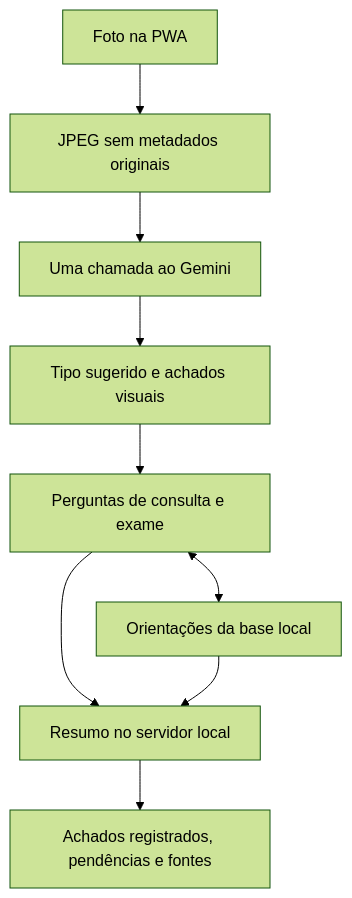
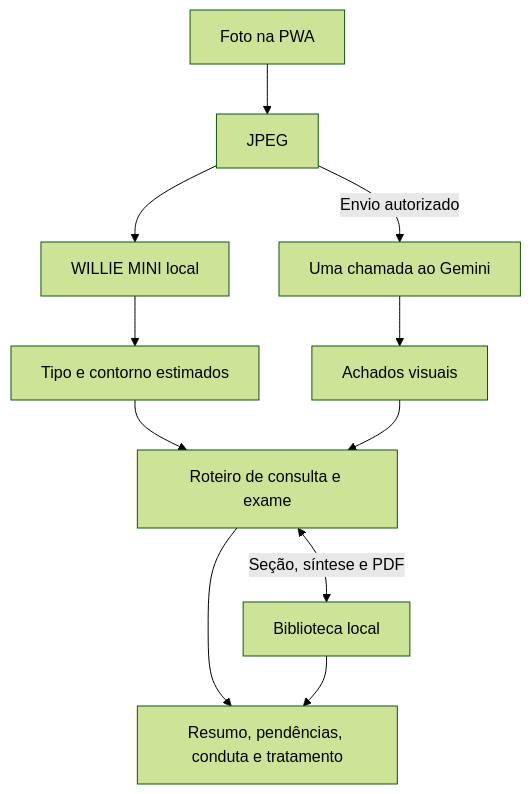
Before and after one commit to febaemanuel/medical-eye: the diagram in docs/arquitetura.md, drawn with Mermaid (forest theme). The commit also changed other lines of this file and 25 other files, not shown here.

Commit message:
Integra contorno da ferida e biblioteca de tratamento

````diff
--- a/docs/arquitetura.md
+++ b/docs/arquitetura.md
@@ -3,11 +3,13 @@
 ```mermaid
 flowchart TD
-    A[Foto na PWA] --> B[JPEG sem metadados originais]
-    B --> C[Uma chamada ao Gemini]
-    C --> D[Tipo sugerido e achados visuais]
-    D --> E[Perguntas de consulta e exame]
-    E <--> F[Orientações da base local]
-    E --> G[Resumo no servidor local]
+    A[Foto na PWA] --> B[JPEG]
+    B --> C[WILLIE MINI local]
+    B -->|Envio autorizado| D[Uma chamada ao Gemini]
+    C --> E[Tipo e contorno estimados]
+    D --> F[Achados visuais]
+    E --> G[Roteiro de consulta e exame]
     F --> G
-    G --> H[Achados registrados, pendências e fontes]
+    G <-->|Seção, síntese e PDF| H[Biblioteca local]
+    G --> I[Resumo, pendências, conduta e tratamento]
+    H --> I
 ```
````
